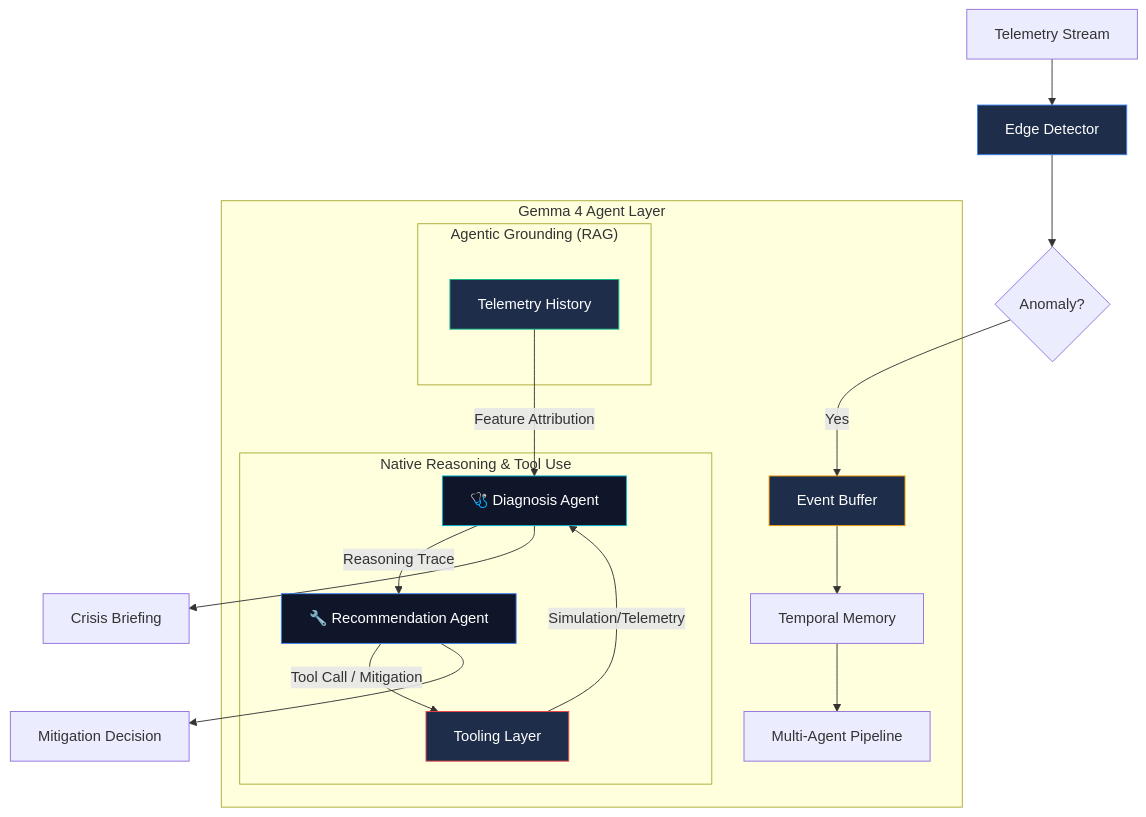
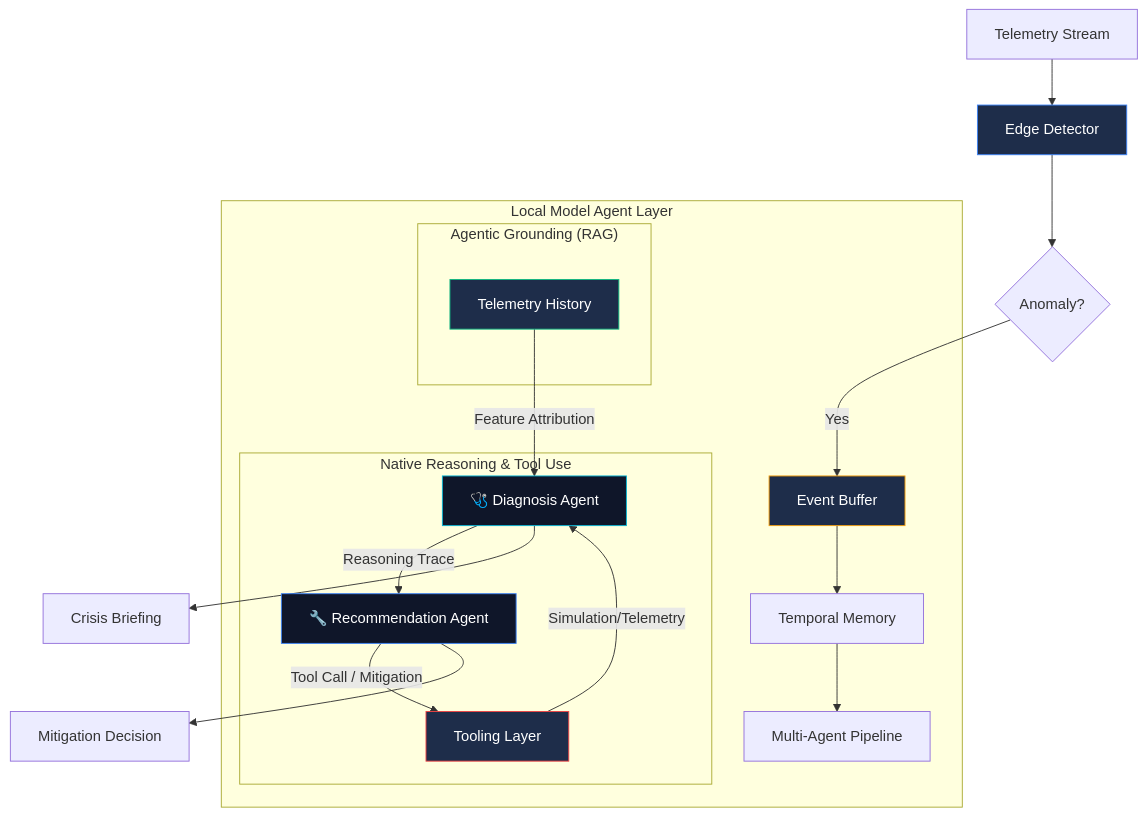
The diagram in README.md (Ibrahimboutal/NetGuardian), drawn with Mermaid before and after one commit. The commit also changed other lines of this file and 3 other files, not shown here.

Commit message:
feat: update documentation and UI references to emphasize local model integration and reasoning capabilities

````diff
--- a/README.md
+++ b/README.md
@@ -13,31 +13,31 @@
 ```mermaid
 graph TD
     A[Telemetry Stream] --> B[Edge Detector]
     B --> C{Anomaly?}
     C -- Yes --> D[Event Buffer]
     
-    subgraph "Gemma 4 Agent Layer"
+    subgraph "Local Model Agent Layer"
         D --> D1[Temporal Memory]
         D1 --> E[Multi-Agent Pipeline]
         
         subgraph "Native Reasoning & Tool Use"
             E1[🩺 Diagnosis Agent] -- Reasoning Trace --> E2[🔧 Recommendation Agent]
             E2 -- Tool Call / Mitigation --> T[Tooling Layer]
             T -- Simulation/Telemetry --> E1
         end
         
         subgraph "Agentic Grounding (RAG)"
             K[Telemetry History] -- Feature Attribution --> E1
         end
     end
     
     E2 --> F[Mitigation Decision]
     E1 --> G[Crisis Briefing]
     
     style B fill:#1e2d4a,stroke:#3b82f6,color:#fff
     style D fill:#1e2d4a,stroke:#f59e0b,color:#fff
     style E1 fill:#0f1629,stroke:#06b6d4,color:#fff
     style E2 fill:#0f1629,stroke:#3b82f6,color:#fff
     style K fill:#1e2d4a,stroke:#10b981,color:#fff
     style T fill:#1e2d4a,stroke:#ef4444,color:#fff
 ```
````
